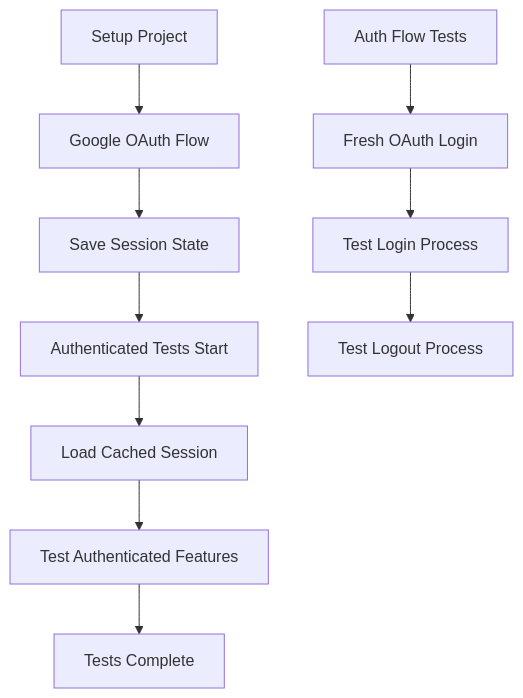
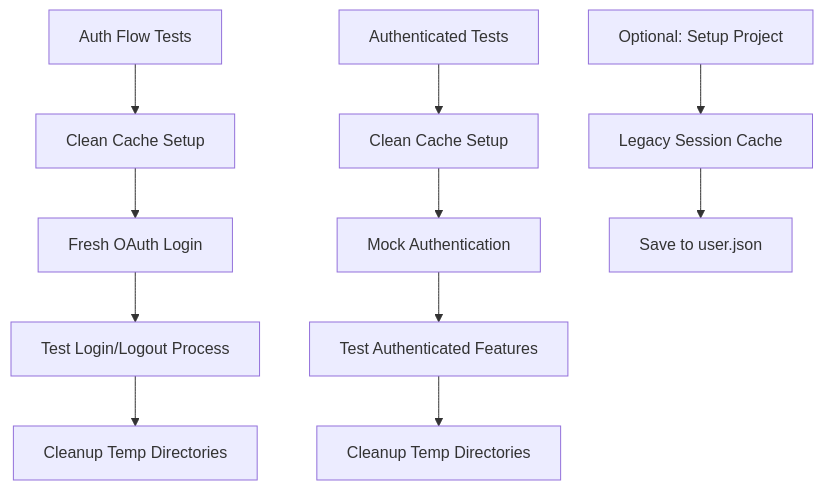
Before and after one commit to EternisAI/enchanted-twin: the diagram in app/tests/e2e/README.md, drawn with Mermaid. The commit also changed other lines of this file and 7 other files, not shown here.

First line of the commit message:
feat: enhance E2E tests with clean cache and mock authentication

````diff
--- a/app/tests/e2e/README.md
+++ b/app/tests/e2e/README.md
@@ -174,13 +175,15 @@
 ```mermaid
 graph TD
-    A[Setup Project] --> B[Google OAuth Flow]
-    B --> C[Save Session State]
-    C --> D[Authenticated Tests Start]
-    D --> E[Load Cached Session]
-    E --> F[Test Authenticated Features]
-    F --> G[Tests Complete]
+    A[Auth Flow Tests] --> B[Clean Cache Setup]
+    B --> C[Fresh OAuth Login]
+    C --> D[Test Login/Logout Process]
+    D --> E[Cleanup Temp Directories]
     
-    H[Auth Flow Tests] --> I[Fresh OAuth Login]
-    I --> J[Test Login Process]
-    J --> K[Test Logout Process]
+    F[Authenticated Tests] --> G[Clean Cache Setup]
+    G --> H[Mock Authentication]
+    H --> I[Test Authenticated Features] 
+    I --> J[Cleanup Temp Directories]
+    
+    K[Optional: Setup Project] --> L[Legacy Session Cache]
+    L --> M[Save to user.json]
 ```
````
